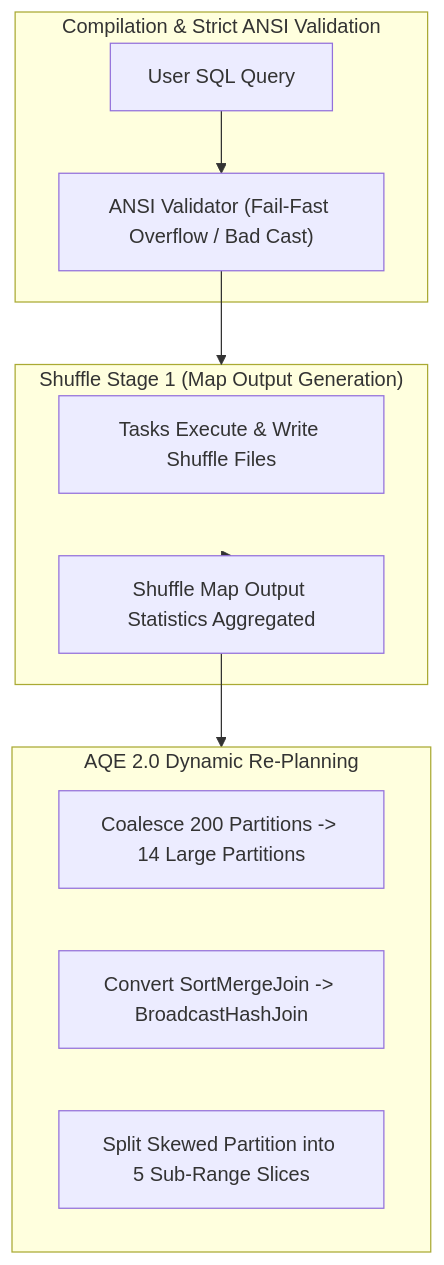
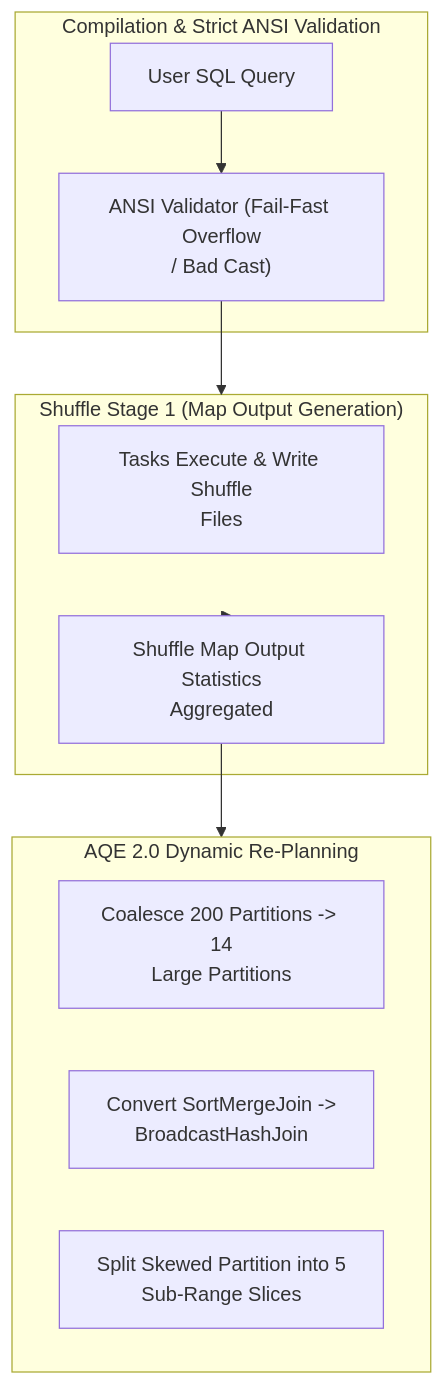
The third of 3 diagrams in architectures/03_adaptive_query_execution_aqe_deep_dive.md (santoshjammi29/pyspark-handbook), drawn with Mermaid before and after one commit. The commit also changed other lines of this file and 14 other files, not shown here.

Commit message:
fix(diagrams): word-wrap labels and escape comparison operators across all diagrams

````diff
--- a/architectures/03_adaptive_query_execution_aqe_deep_dive.md
+++ b/architectures/03_adaptive_query_execution_aqe_deep_dive.md
@@ -156,20 +156,20 @@
 ```mermaid
 flowchart TD
     subgraph CompileStage["Compilation & Strict ANSI Validation"]
         Query["User SQL Query"]
-        ANSI["ANSI Validator (Fail-Fast Overflow / Bad Cast)"]
+        ANSI["ANSI Validator (Fail-Fast Overflow<br/>/ Bad Cast)"]
     end
 
     subgraph Stage1["Shuffle Stage 1 (Map Output Generation)"]
-        T1["Tasks Execute & Write Shuffle Files"]
-        Stats["Shuffle Map Output Statistics Aggregated"]
+        T1["Tasks Execute & Write Shuffle<br/>Files"]
+        Stats["Shuffle Map Output Statistics<br/>Aggregated"]
     end
 
     subgraph AQEDecision["AQE 2.0 Dynamic Re-Planning"]
-        Coalesce["Coalesce 200 Partitions -> 14 Large Partitions"]
-        JoinSwitch["Convert SortMergeJoin -> BroadcastHashJoin"]
-        SkewSplit["Split Skewed Partition into 5 Sub-Range Slices"]
+        Coalesce["Coalesce 200 Partitions -> 14<br/>Large Partitions"]
+        JoinSwitch["Convert SortMergeJoin -><br/>BroadcastHashJoin"]
+        SkewSplit["Split Skewed Partition into 5<br/>Sub-Range Slices"]
     end
 
     Query --> ANSI --> Stage1 --> Stats --> AQEDecision
 ```
````
